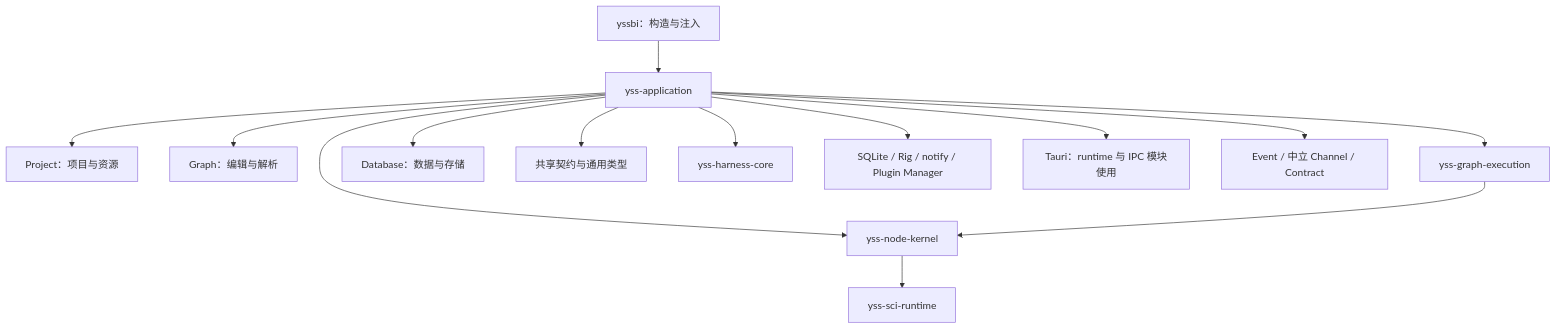
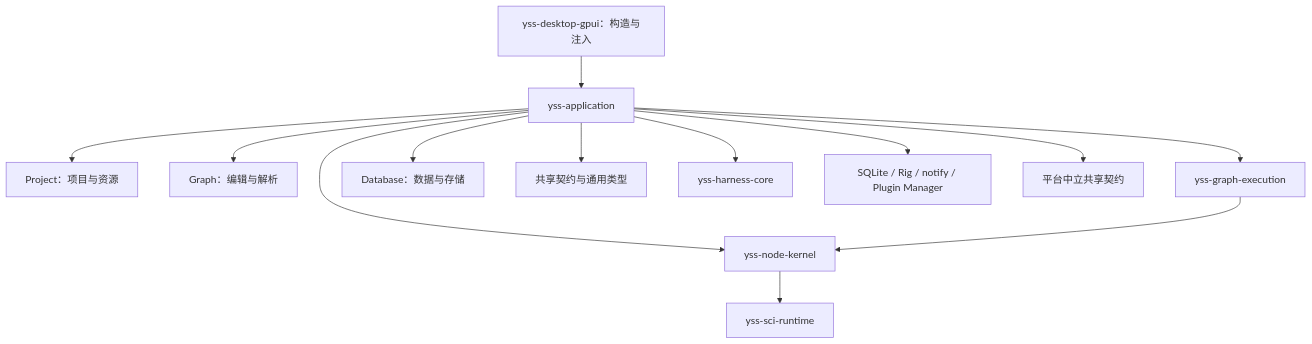
Before and after one commit to zhouyi207/YssBI: the diagram in crates/yss-application/README.md, drawn with Mermaid. The commit also changed other lines of this file and 299 other files, not shown here.

First line of the commit message:
feat(gpui): expand native workbench and remove Tauri host

````diff
--- a/crates/yss-application/README.md
+++ b/crates/yss-application/README.md
@@ -16,16 +16,15 @@
 ```mermaid
 flowchart TD
-    ROOT["yssbi：构造与注入"] --> APP["yss-application"]
+    ROOT["yss-desktop-gpui：构造与注入"] --> APP["yss-application"]
     APP --> PROJECT["Project：项目与资源"]
     APP --> GRAPH["Graph：编辑与解析"]
     APP --> EXEC["yss-graph-execution"]
     APP --> KERNEL["yss-node-kernel"]
     EXEC --> KERNEL
     KERNEL --> SCI["yss-sci-runtime"]
     APP --> DATA["Database：数据与存储"]
     APP --> CONTRACT["共享契约与通用类型"]
     APP --> HARNESS["yss-harness-core"]
     APP --> ADAPTERS["SQLite / Rig / notify / Plugin Manager"]
-    APP --> TAURI["Tauri：runtime 与 IPC 模块使用"]
-    APP --> IPC["Event / 中立 Channel / Contract"]
+    APP --> WIRE["平台中立共享契约"]
 ```
````
